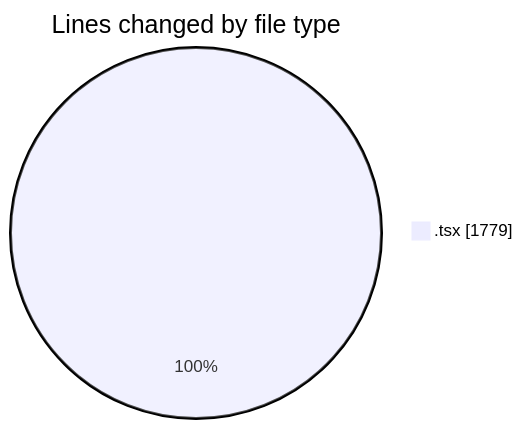
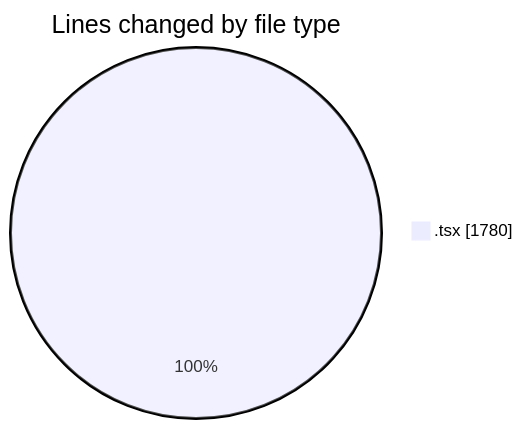
The first of 2 diagrams in 2025-10-03/cda/README.md (momahboobian/code-tracking), drawn with Mermaid before and after one commit. The commit also changed other lines of this file and 1 other file, not shown here.

````diff
--- a/2025-10-03/cda/README.md
+++ b/2025-10-03/cda/README.md
@@ -23,5 +23,5 @@
 ```mermaid
 pie showData
 title Lines changed by file type
-".tsx" : 1779
+".tsx" : 1780
 ```
````
